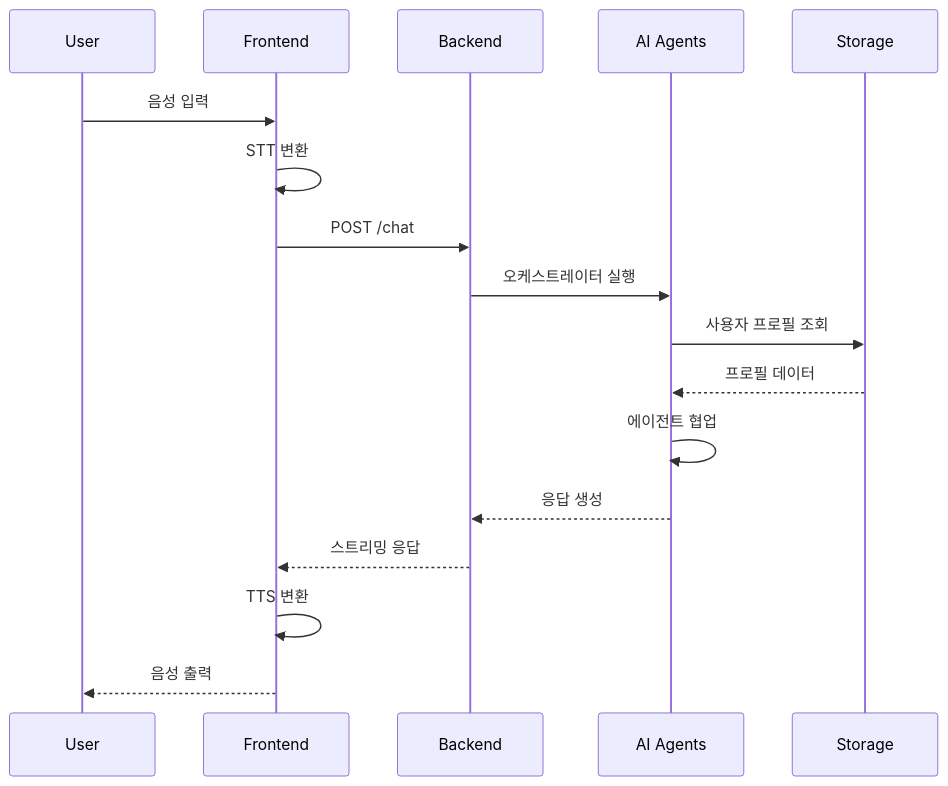
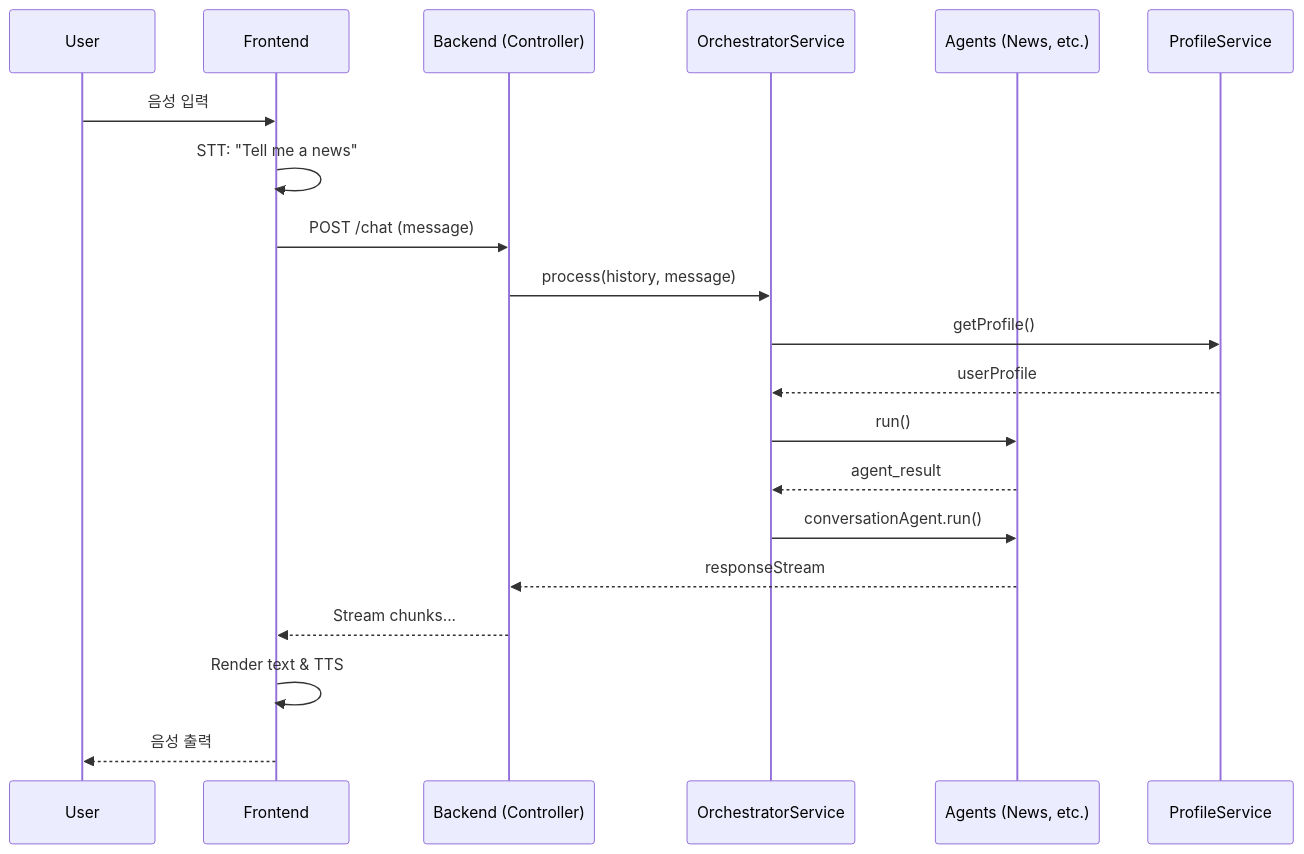
Before and after one commit to glenn-syj/english-tutor: the fourth of 4 diagrams in documents/architecture.md, drawn with Mermaid. The commit also changed other lines of this file and 5 other files, not shown here.

````diff
--- a/documents/architecture.md
+++ b/documents/architecture.md
@@ -101,20 +118,23 @@
 ```mermaid
 sequenceDiagram
     participant U as User
     participant F as Frontend
-    participant B as Backend
-    participant A as AI Agents
-    participant S as Storage
+    participant B as Backend (Controller)
+    participant O as OrchestratorService
+    participant A as Agents (News, etc.)
+    participant P as ProfileService
 
     U->>F: 음성 입력
-    F->>F: STT 변환
-    F->>B: POST /chat
-    B->>A: 오케스트레이터 실행
-    A->>S: 사용자 프로필 조회
-    S-->>A: 프로필 데이터
-    A->>A: 에이전트 협업
-    A-->>B: 응답 생성
-    B-->>F: 스트리밍 응답
-    F->>F: TTS 변환
+    F->>F: STT: "Tell me a news"
+    F->>B: POST /chat (message)
+    B->>O: process(history, message)
+    O->>P: getProfile()
+    P-->>O: userProfile
+    O->>A: run()
+    A-->>O: agent_result
+    O->>A: conversationAgent.run()
+    A-->>B: responseStream
+    B-->>F: Stream chunks...
+    F->>F: Render text & TTS
     F-->>U: 음성 출력
 ```
````
